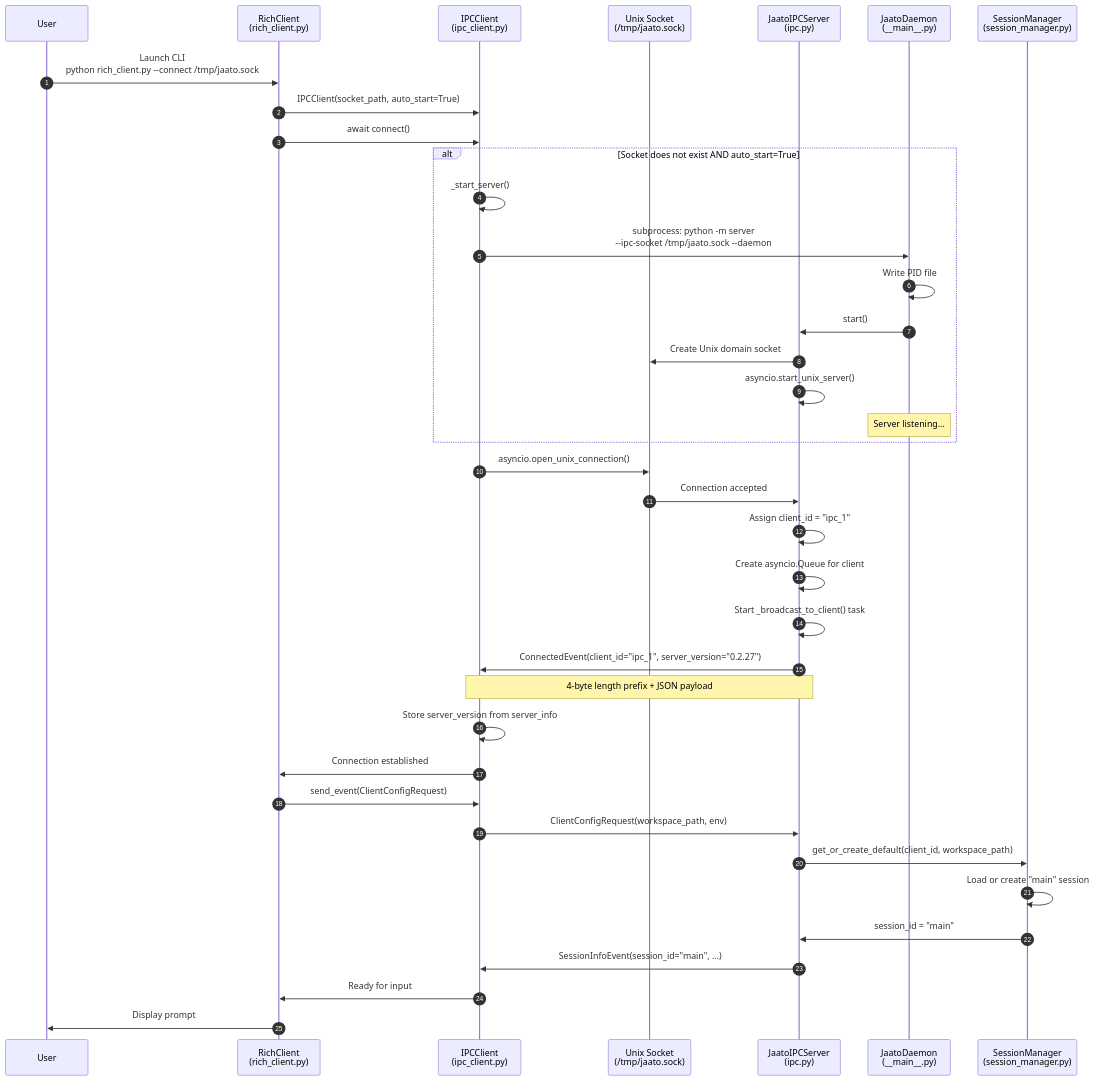
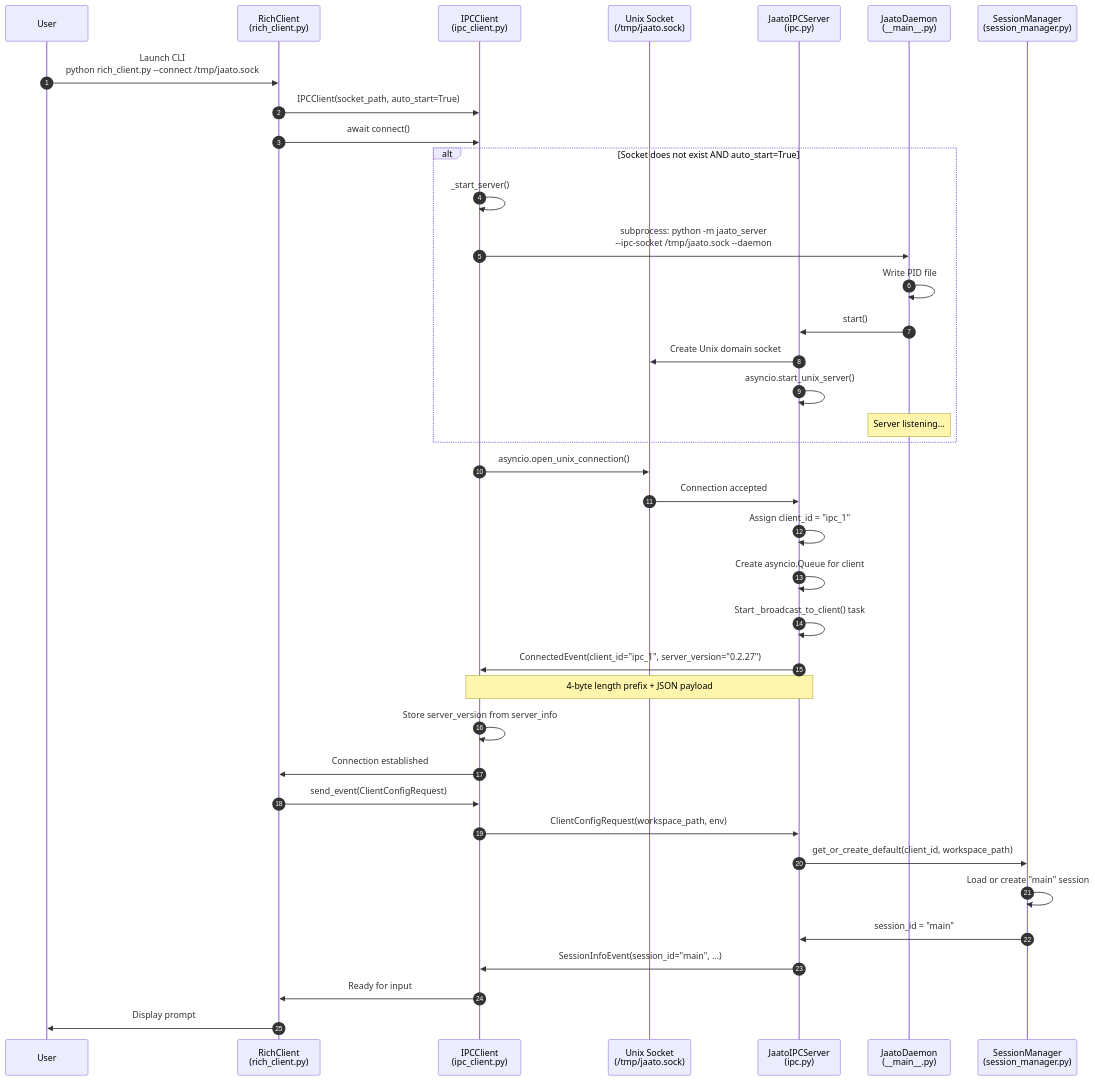
The first of 9 diagrams in docs/sequence-diagram-architecture.md (Jaato-framework-and-examples/jaato), drawn with Mermaid before and after one commit. The commit also changed other lines of this file and 2956 other files, not shown here.

````diff
--- a/docs/sequence-diagram-architecture.md
+++ b/docs/sequence-diagram-architecture.md
@@ -140,52 +140,52 @@
 ```mermaid
 sequenceDiagram
     autonumber
     participant User
     participant RichClient as RichClient<br/>(rich_client.py)
     participant IPCClient as IPCClient<br/>(ipc_client.py)
     participant Socket as Unix Socket<br/>(/tmp/jaato.sock)
     participant IPCServer as JaatoIPCServer<br/>(ipc.py)
     participant Daemon as JaatoDaemon<br/>(__main__.py)
     participant SessionMgr as SessionManager<br/>(session_manager.py)
 
     User->>RichClient: Launch CLI<br/>python rich_client.py --connect /tmp/jaato.sock
 
     RichClient->>IPCClient: IPCClient(socket_path, auto_start=True)
 
     RichClient->>IPCClient: await connect()
 
     alt Socket does not exist AND auto_start=True
         IPCClient->>IPCClient: _start_server()
-        IPCClient->>Daemon: subprocess: python -m server<br/>--ipc-socket /tmp/jaato.sock --daemon
+        IPCClient->>Daemon: subprocess: python -m jaato_server<br/>--ipc-socket /tmp/jaato.sock --daemon
         Daemon->>Daemon: Write PID file
         Daemon->>IPCServer: start()
         IPCServer->>Socket: Create Unix domain socket
         IPCServer->>IPCServer: asyncio.start_unix_server()
         Note over Daemon: Server listening...
     end
 
     IPCClient->>Socket: asyncio.open_unix_connection()
     Socket->>IPCServer: Connection accepted
 
     IPCServer->>IPCServer: Assign client_id = "ipc_1"
     IPCServer->>IPCServer: Create asyncio.Queue for client
     IPCServer->>IPCServer: Start _broadcast_to_client() task
 
     IPCServer->>IPCClient: ConnectedEvent(client_id="ipc_1", server_version="0.2.27")
     Note over IPCClient,IPCServer: 4-byte length prefix + JSON payload
 
     IPCClient->>IPCClient: Store server_version from server_info
     IPCClient->>RichClient: Connection established
 
     RichClient->>IPCClient: send_event(ClientConfigRequest)
     IPCClient->>IPCServer: ClientConfigRequest(workspace_path, env)
 
     IPCServer->>SessionMgr: get_or_create_default(client_id, workspace_path)
     SessionMgr->>SessionMgr: Load or create "main" session
     SessionMgr->>IPCServer: session_id = "main"
 
     IPCServer->>IPCClient: SessionInfoEvent(session_id="main", ...)
 
     IPCClient->>RichClient: Ready for input
     RichClient->>User: Display prompt
 ```
````
